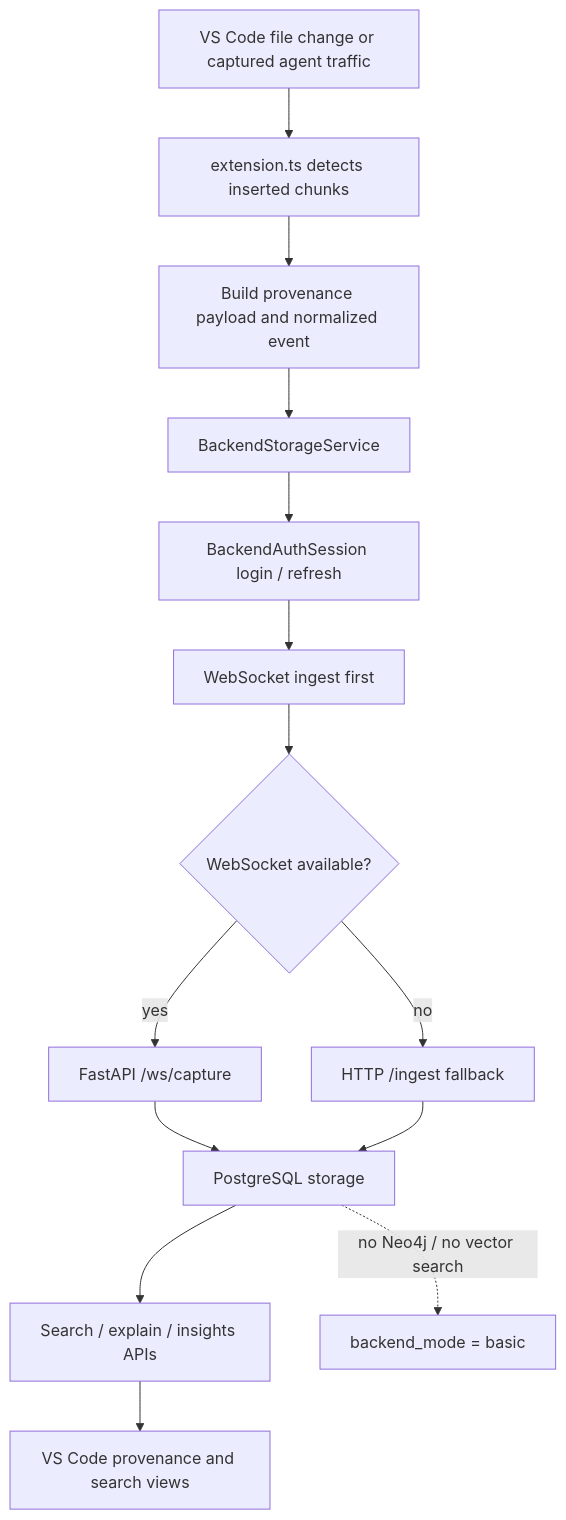
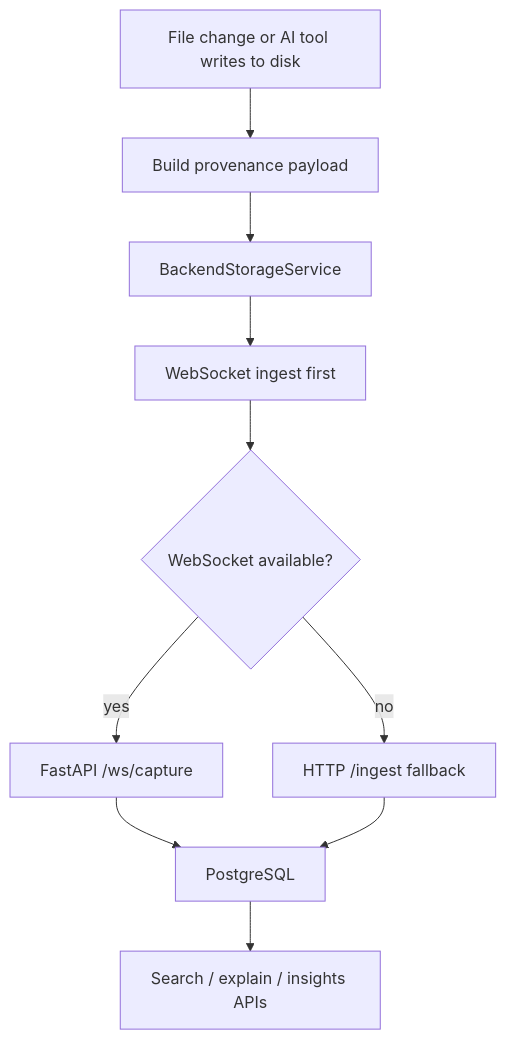
One commit to karnati-praveen/lineagelens changed the second of 3 diagrams in docs/architecture.md. Above: the diagram before and after it, drawn with Mermaid. The commit also changed other lines of this file and 30 other files, not shown here.

````diff
--- a/docs/architecture.md
+++ b/docs/architecture.md
@@ -168,16 +173,12 @@
 ```mermaid
 flowchart TD
-  A[VS Code file change or captured agent traffic] --> B[extension.ts detects inserted chunks]
-  B --> C[Build provenance payload and normalized event]
-  C --> D[BackendStorageService]
-  D --> E[BackendAuthSession login / refresh]
-  E --> F[WebSocket ingest first]
-  F --> G{WebSocket available?}
-  G -- yes --> H[FastAPI /ws/capture]
-  G -- no --> I[HTTP /ingest fallback]
-  H --> J[PostgreSQL storage]
-  I --> J
-  J --> K[Search / explain / insights APIs]
-  K --> L[VS Code provenance and search views]
-  J -. no Neo4j / no vector search .-> M[backend_mode = basic]
+  A[File change or AI tool writes to disk] --> B[Build provenance payload]
+  B --> C[BackendStorageService]
+  C --> D[WebSocket ingest first]
+  D --> E{WebSocket available?}
+  E -- yes --> F[FastAPI /ws/capture]
+  E -- no --> G[HTTP /ingest fallback]
+  F --> H[PostgreSQL]
+  G --> H
+  H --> I[Search / explain / insights APIs]
 ```
````
